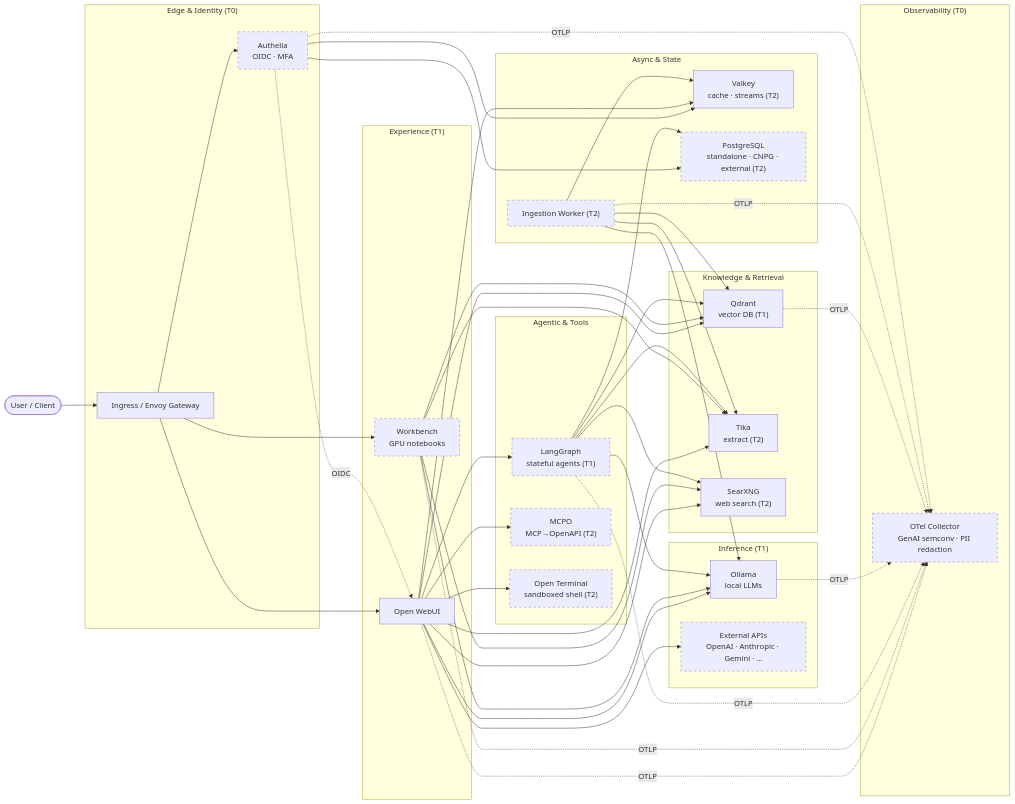
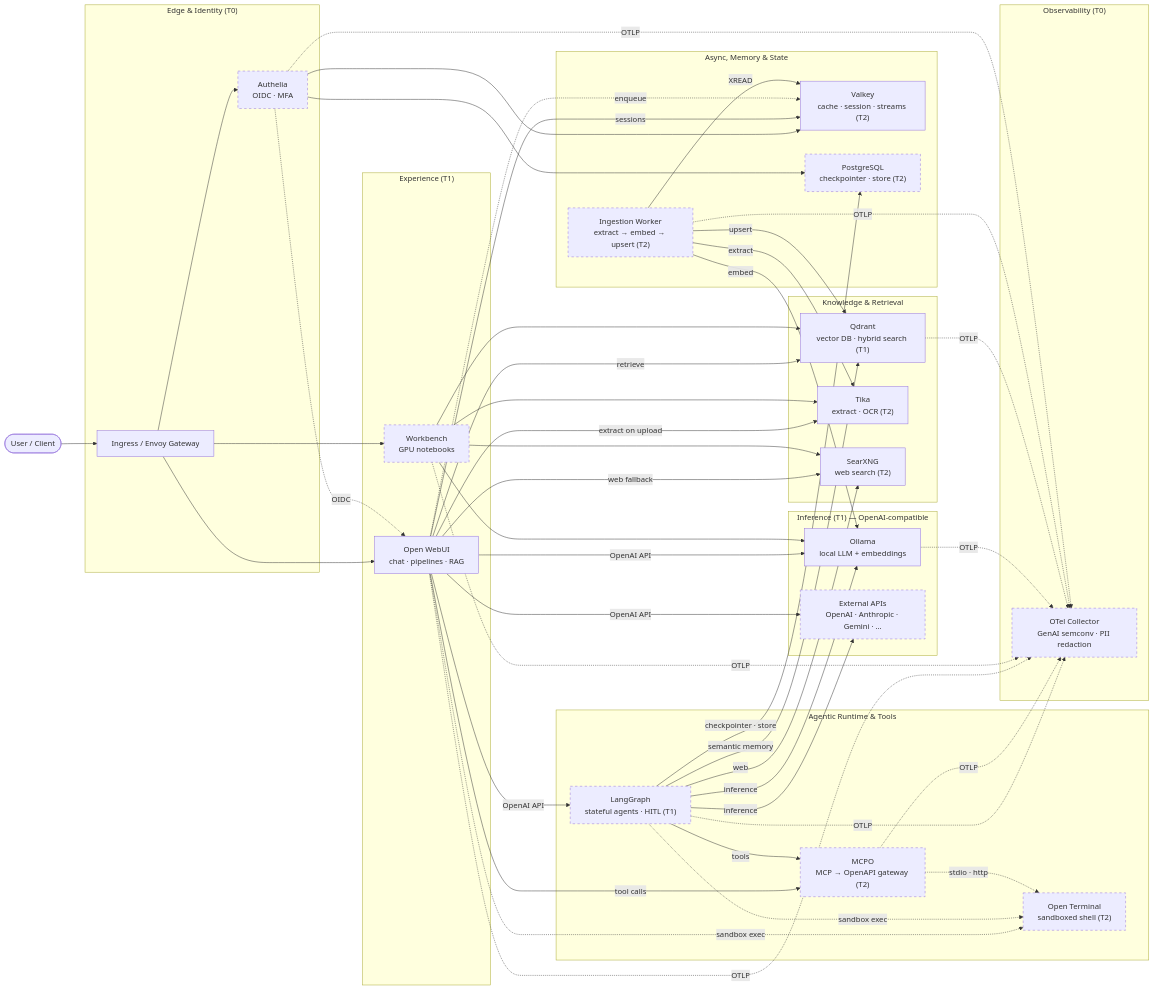
The diagram in README.md (rmednitzer/ai-stack), drawn with Mermaid before and after one commit. The commit also changed other lines of this file, not shown here.

Commit message:
docs(readme): make architecture a best-practice reference for Open WebUI + agents
Refine the architecture section to read as a reference design rather than a
component inventory:

- Frame two flows up front: conversational+RAG via Open WebUI, and agentic via
  LangGraph, both sharing one OpenAI-compatible inference surface and one MCP
  tool surface (MCPO).
- Label edges with their actual semantics (OpenAI API, retrieve, extract,
  tool calls, checkpointer/store, XREAD/upsert, OTLP) so the diagram conveys
  protocol and intent, not just connectivity.
- Add the async ingestion path (Open WebUI → Valkey → Ingestion Worker →
  Tika/Ollama/Qdrant) explicitly, matching the chart's non-blocking upload
  pattern.
- Add a 'Best-practice notes' section covering one-model abstraction, MCP as
  universal tool layer, persistent agent state in Postgres+Qdrant, async
  ingestion, and defence-in-depth.

Documentation only; no chart behaviour changes.

```diff
--- a/README.md
+++ b/README.md
@@ -30,31 +43,31 @@
   end
 
   subgraph Experience["Experience (T1)"]
-    OpenWebUI["Open WebUI"]
+    OpenWebUI["Open WebUI<br/>chat · pipelines · RAG"]
     Workbench["Workbench<br/>GPU notebooks"]
   end
 
-  subgraph Inference["Inference (T1)"]
-    Ollama["Ollama<br/>local LLMs"]
+  subgraph Inference["Inference (T1) — OpenAI-compatible"]
+    Ollama["Ollama<br/>local LLM + embeddings"]
     ExternalAPIs["External APIs<br/>OpenAI · Anthropic · Gemini · …"]
   end
 
   subgraph Knowledge["Knowledge & Retrieval"]
-    Qdrant["Qdrant<br/>vector DB (T1)"]
-    Tika["Tika<br/>extract (T2)"]
+    Qdrant["Qdrant<br/>vector DB · hybrid search (T1)"]
+    Tika["Tika<br/>extract · OCR (T2)"]
     SearXNG["SearXNG<br/>web search (T2)"]
   end
 
-  subgraph Agentic["Agentic & Tools"]
-    LangGraph["LangGraph<br/>stateful agents (T1)"]
-    MCPO["MCPO<br/>MCP→OpenAPI (T2)"]
+  subgraph Agentic["Agentic Runtime & Tools"]
+    LangGraph["LangGraph<br/>stateful agents · HITL (T1)"]
+    MCPO["MCPO<br/>MCP → OpenAPI gateway (T2)"]
     OpenTerminal["Open Terminal<br/>sandboxed shell (T2)"]
   end
 
-  subgraph Async["Async & State"]
-    IngestionWorker["Ingestion Worker (T2)"]
-    Valkey["Valkey<br/>cache · streams (T2)"]
-    Postgres["PostgreSQL<br/>standalone · CNPG · external (T2)"]
+  subgraph Async["Async, Memory & State"]
+    IngestionWorker["Ingestion Worker<br/>extract → embed → upsert (T2)"]
+    Valkey["Valkey<br/>cache · session · streams (T2)"]
+    Postgres["PostgreSQL<br/>checkpointer · store (T2)"]
   end
 
   subgraph Telemetry["Observability (T0)"]
@@ -69,35 +82,46 @@
   Authelia --> Valkey
   Authelia --> Postgres
 
-  OpenWebUI --> Ollama
-  OpenWebUI --> ExternalAPIs
-  OpenWebUI --> Qdrant
-  OpenWebUI --> Tika
-  OpenWebUI --> SearXNG
-  OpenWebUI --> Valkey
-  OpenWebUI --> LangGraph
-  OpenWebUI --> MCPO
-  OpenWebUI --> OpenTerminal
+  %% Open WebUI: conversational + RAG path
+  OpenWebUI -->|OpenAI API| Ollama
+  OpenWebUI -->|OpenAI API| ExternalAPIs
+  OpenWebUI -->|OpenAI API| LangGraph
+  OpenWebUI -->|retrieve| Qdrant
+  OpenWebUI -->|extract on upload| Tika
+  OpenWebUI -->|web fallback| SearXNG
+  OpenWebUI -->|tool calls| MCPO
+  OpenWebUI -->|sessions| Valkey
+  OpenWebUI -.->|sandbox exec| OpenTerminal
 
   Workbench --> Ollama
   Workbench --> Qdrant
   Workbench --> Tika
   Workbench --> SearXNG
 
-  LangGraph --> Ollama
-  LangGraph --> Qdrant
-  LangGraph --> Tika
-  LangGraph --> SearXNG
-  LangGraph --> Postgres
+  %% Agentic path: shared tool surface, persistent memory
+  LangGraph -->|inference| Ollama
+  LangGraph -->|inference| ExternalAPIs
+  LangGraph -->|semantic memory| Qdrant
+  LangGraph -->|web| SearXNG
+  LangGraph -->|tools| MCPO
+  LangGraph -->|checkpointer · store| Postgres
+  LangGraph -.->|sandbox exec| OpenTerminal
 
-  IngestionWorker --> Valkey
-  IngestionWorker --> Tika
-  IngestionWorker --> Ollama
-  IngestionWorker --> Qdrant
+  %% Async ingestion (non-blocking)
+  OpenWebUI -.->|enqueue| Valkey
+  IngestionWorker -->|XREAD| Valkey
+  IngestionWorker -->|extract| Tika
+  IngestionWorker -->|embed| Ollama
+  IngestionWorker -->|upsert| Qdrant
 
+  %% MCPO fans out to MCP servers (any tool)
+  MCPO -.->|stdio · http| OpenTerminal
+
+  %% Telemetry
   OpenWebUI -.->|OTLP| OTel
   Workbench -.->|OTLP| OTel
   LangGraph -.->|OTLP| OTel
+  MCPO -.->|OTLP| OTel
   Ollama -.->|OTLP| OTel
   Qdrant -.->|OTLP| OTel
   IngestionWorker -.->|OTLP| OTel
```
